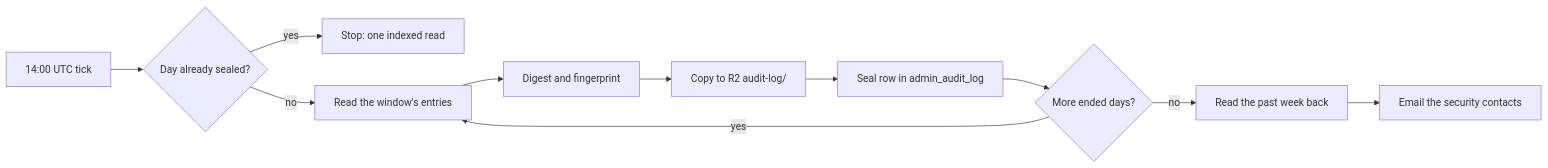
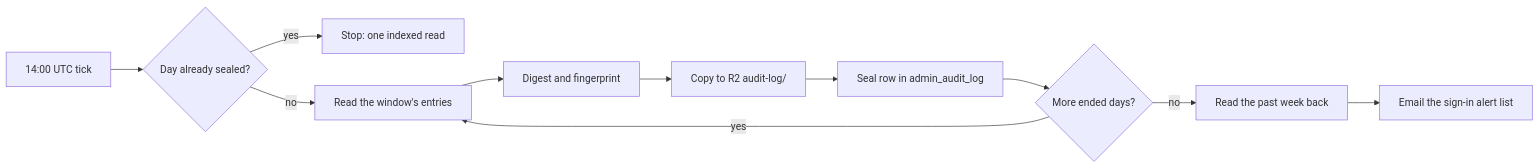
The diagram in synced-docs/cf-admin/documentation/architecture/plac-and-audit.md (Harshil8136/chess-game1), drawn with Mermaid before and after one commit. The commit also changed other lines of this file and 70 other files, not shown here.

````diff
--- a/synced-docs/cf-admin/documentation/architecture/plac-and-audit.md
+++ b/synced-docs/cf-admin/documentation/architecture/plac-and-audit.md
@@ -450,13 +407,13 @@
 ```mermaid
 flowchart LR
-  A[14:00 UTC tick] --> B{Day already sealed?}
-  B -- yes --> Z[Stop: one indexed read]
-  B -- no --> C[Read the window's entries]
-  C --> D[Digest and fingerprint]
-  D --> E[Copy to R2 audit-log/]
-  E --> F[Seal row in admin_audit_log]
-  F --> G{More ended days?}
+  A["14:00 UTC tick"] --> B{"Day already sealed?"}
+  B -- yes --> Z["Stop: one indexed read"]
+  B -- no --> C["Read the window's entries"]
+  C --> D["Digest and fingerprint"]
+  D --> E["Copy to R2 audit-log/"]
+  E --> F["Seal row in admin_audit_log"]
+  F --> G{"More ended days?"}
   G -- yes --> C
-  G -- no --> H[Read the past week back]
-  H --> I[Email the security contacts]
+  G -- no --> H["Read the past week back"]
+  H --> I["Email the sign-in alert list"]
 ```
````
